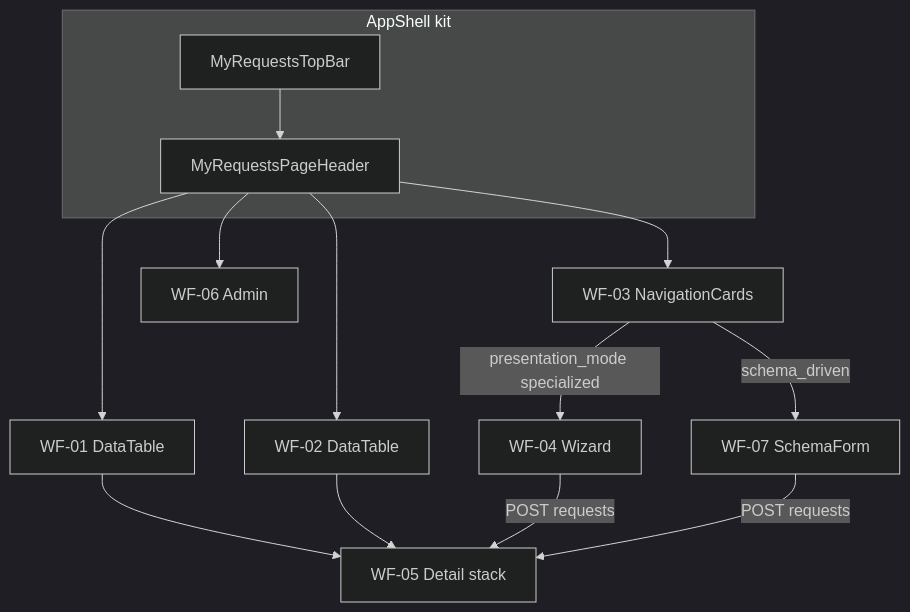
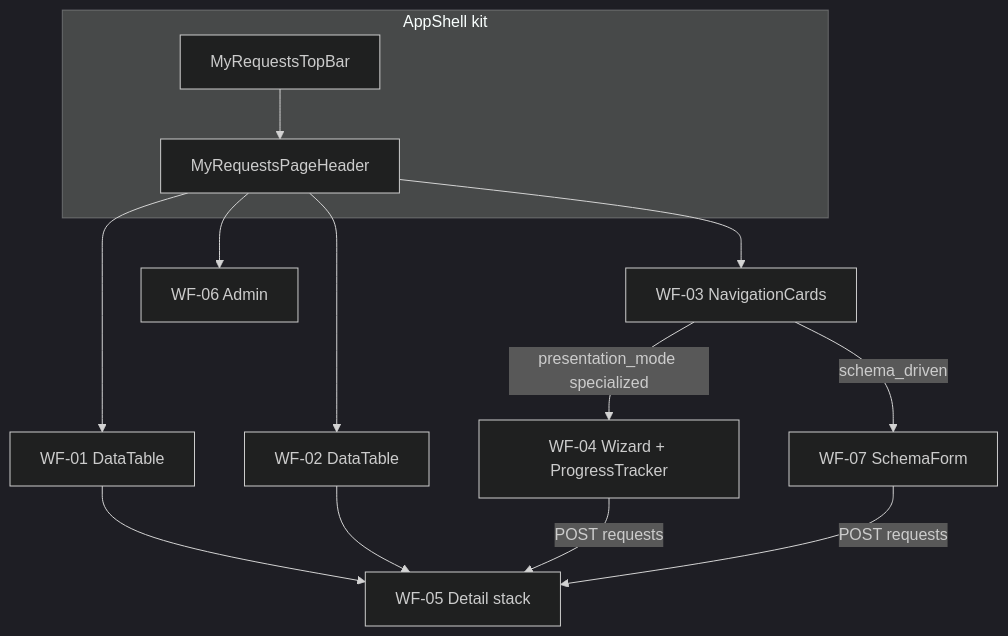
The diagram in docs/12-roadmap-e-evolucao/my-requests/WIREFRAMES.md (roberiooliveiradev/delpi-central), drawn with Mermaid (dark theme) before and after one commit. The commit also changed other lines of this file, not shown here.

Commit message:
docs(my-requests): expand WF-04 invoice wizard UX

````diff
--- a/docs/12-roadmap-e-evolucao/my-requests/WIREFRAMES.md
+++ b/docs/12-roadmap-e-evolucao/my-requests/WIREFRAMES.md
@@ -276,18 +560,18 @@
 ```mermaid
 flowchart TB
   subgraph shell [AppShell kit]
     TB[MyRequestsTopBar]
     PH[MyRequestsPageHeader]
   end
   TB --> PH
   PH --> Mine[WF-01 DataTable]
   PH --> Queue[WF-02 DataTable]
   PH --> New[WF-03 NavigationCards]
   PH --> Admin[WF-06 Admin]
-  New -->|presentation_mode specialized| Wiz[WF-04 Wizard]
+  New -->|presentation_mode specialized| Wiz[WF-04 Wizard + ProgressTracker]
   New -->|schema_driven| Schema[WF-07 SchemaForm]
   Mine --> Det[WF-05 Detail stack]
   Queue --> Det
   Wiz -->|POST requests| Det
   Schema -->|POST requests| Det
 ```
````
